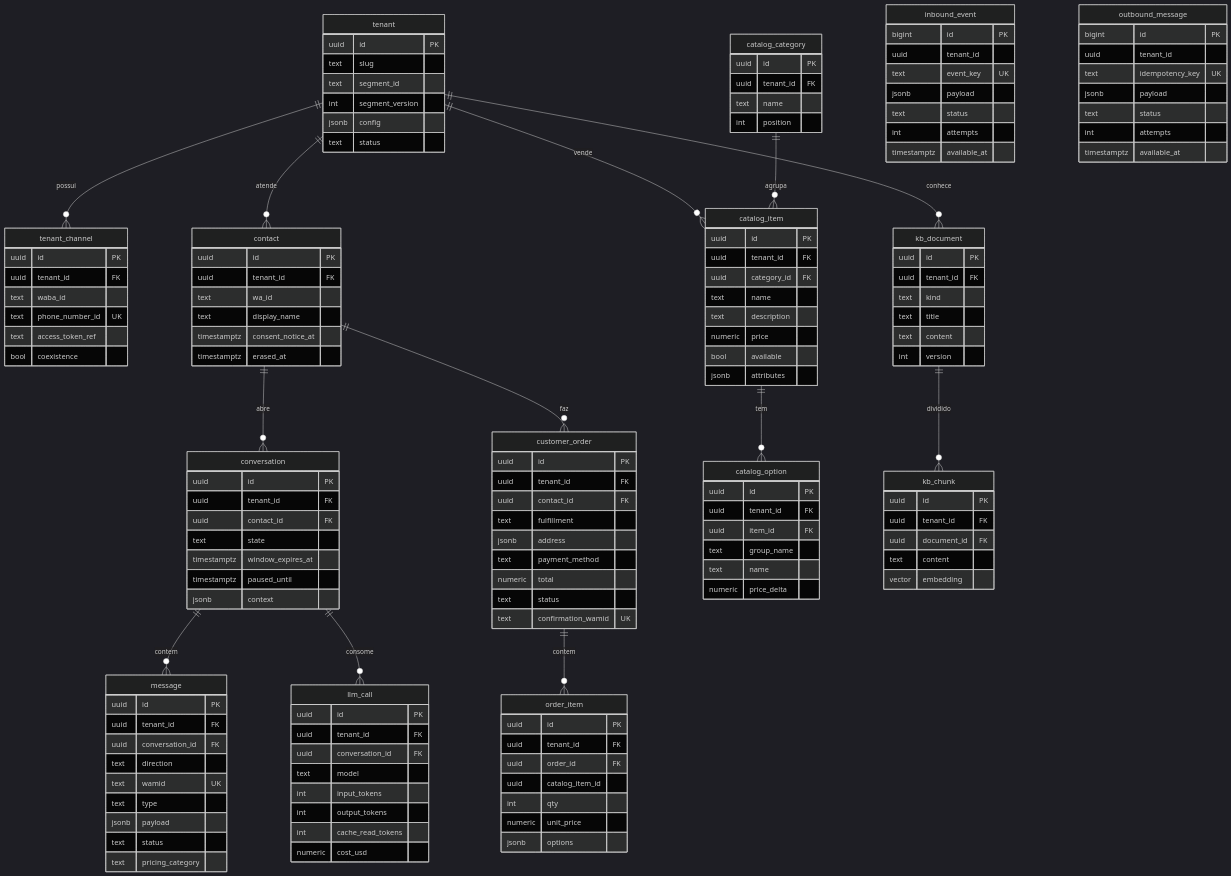
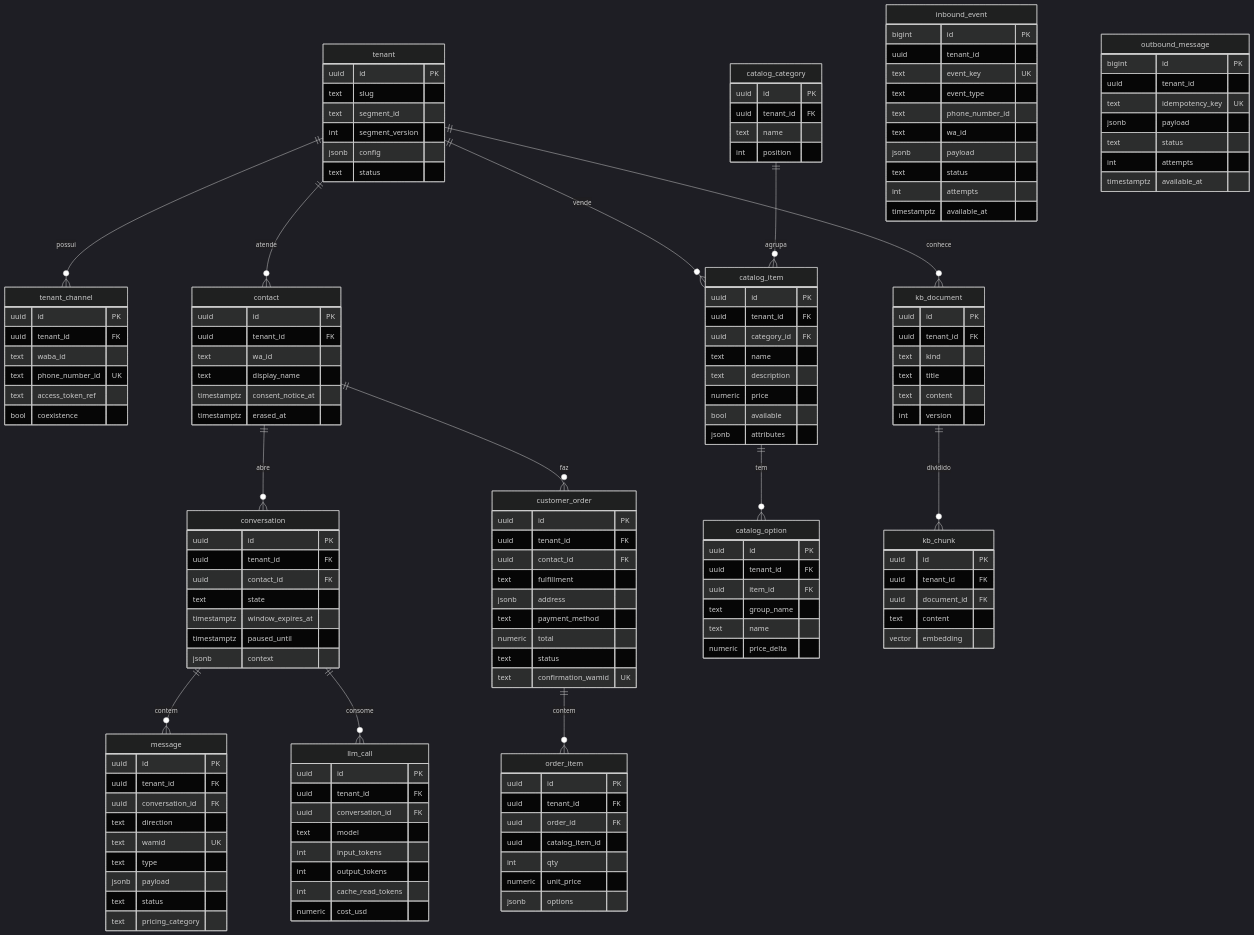
The third of 3 diagrams in docs/ARCHITECTURE.md (alexandreluchetti/auto-msg-backend), drawn with Mermaid (dark theme) before and after one commit. The commit also changed other lines of this file and 23 other files, not shown here.

```diff
--- a/docs/ARCHITECTURE.md
+++ b/docs/ARCHITECTURE.md
@@ -269,6 +274,9 @@
         bigint id PK
         uuid tenant_id
         text event_key UK
+        text event_type
+        text phone_number_id
+        text wa_id
         jsonb payload
         text status
         int attempts
```
